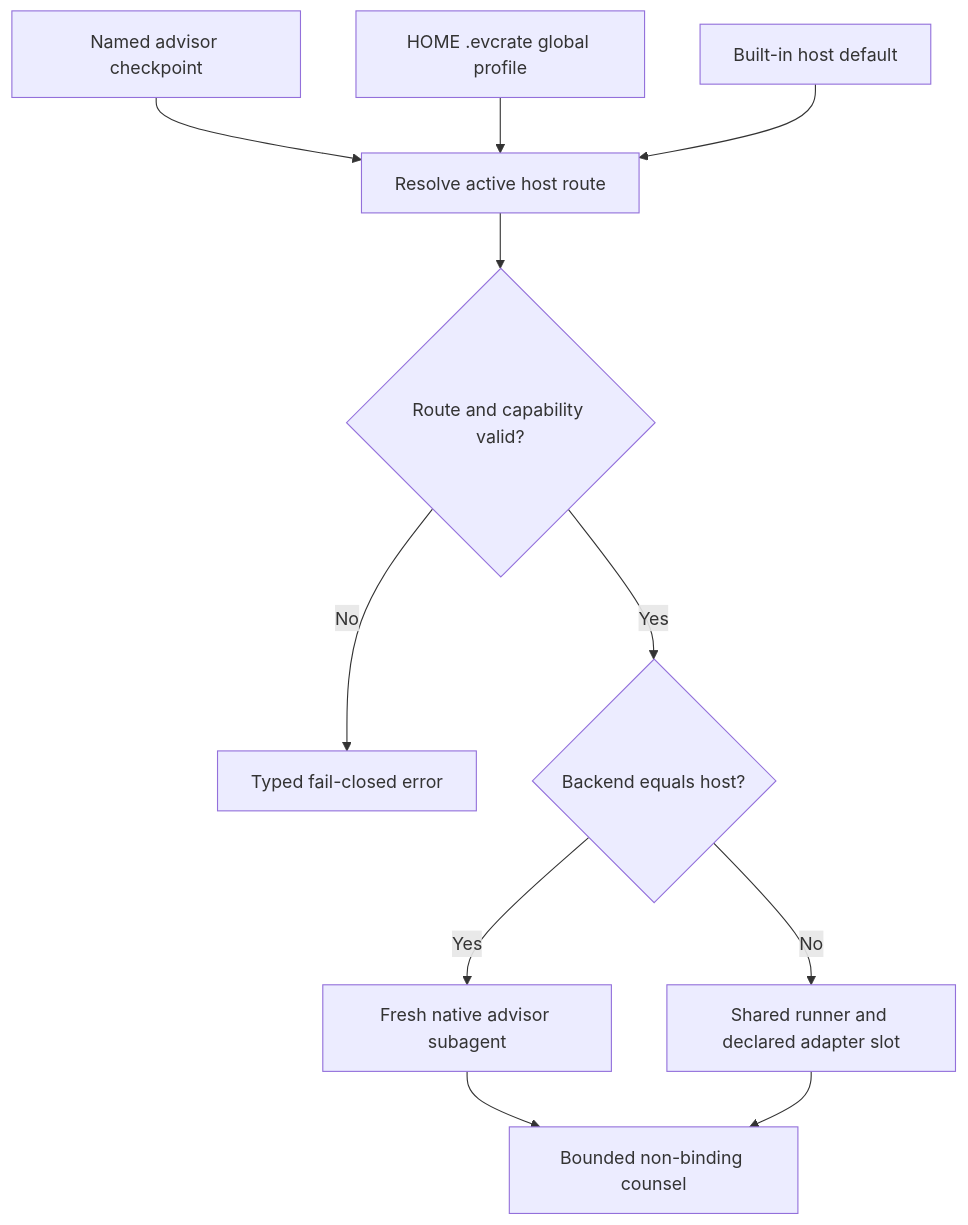
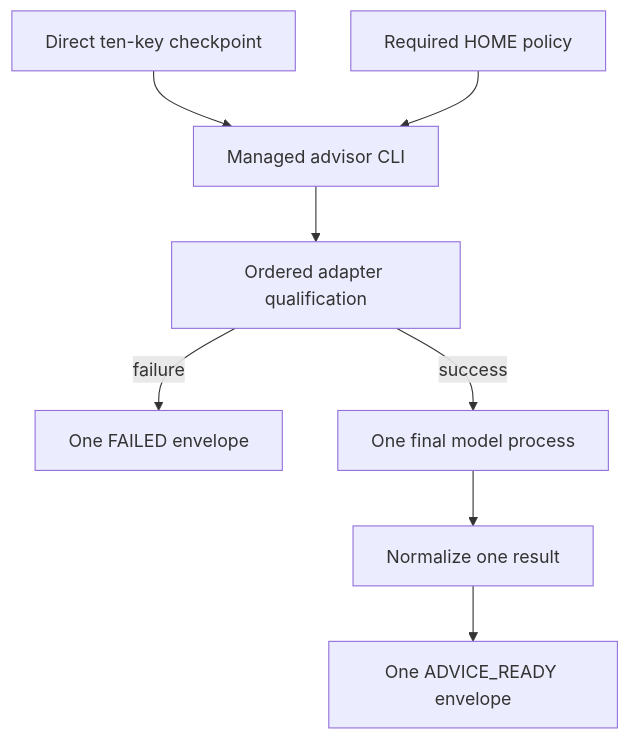
One commit to EigenCrate/evcrate changed the diagram in docs/system-architecture.md. Above: the diagram before and after it, drawn with Mermaid. The commit also changed other lines of this file and 346 other files, not shown here.

````diff
--- a/docs/system-architecture.md
+++ b/docs/system-architecture.md
@@ -162,13 +172,10 @@
 ```mermaid
 flowchart TD
-  Checkpoint[Named advisor checkpoint] --> Resolve[Resolve active host route]
-  Global[HOME .evcrate global profile] --> Resolve
-  Defaults[Built-in host default] --> Resolve
-  Resolve --> Validate{Route and capability valid?}
-  Validate -->|No| Error[Typed fail-closed error]
-  Validate -->|Yes| Same{Backend equals host?}
-  Same -->|Yes| Native[Fresh native advisor subagent]
-  Same -->|No| External[Shared runner and declared adapter slot]
-  Native --> Result[Bounded non-binding counsel]
-  External --> Result
+  Checkpoint[Direct ten-key checkpoint] --> Controller[Managed advisor CLI]
+  Policy[Required HOME policy] --> Controller
+  Controller --> Preflight[Ordered adapter qualification]
+  Preflight -->|failure| Failed[One FAILED envelope]
+  Preflight -->|success| Final[One final model process]
+  Final --> Normalize[Normalize one result]
+  Normalize --> Ready[One ADVICE_READY envelope]
 ```
````
